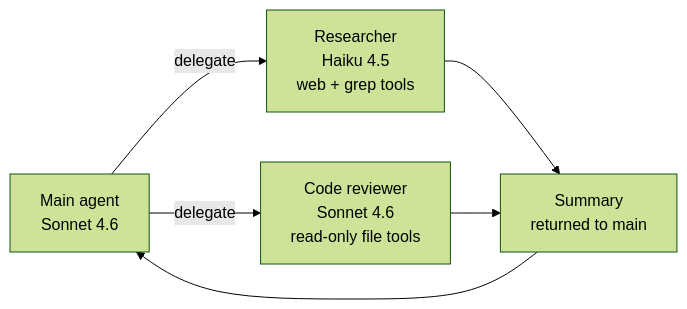
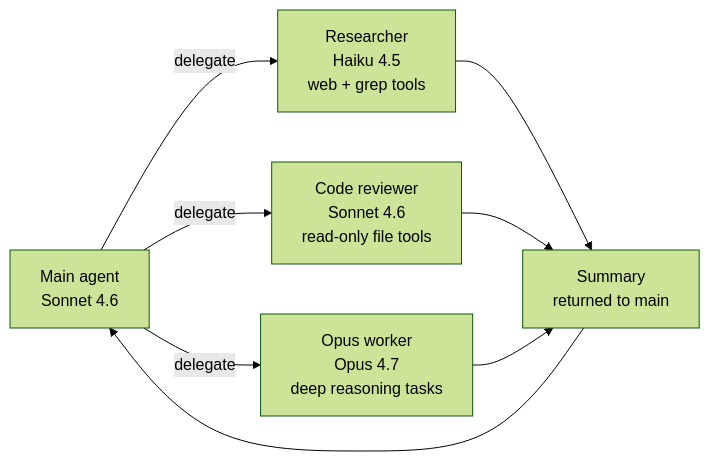
Before and after one commit to abdihashii/anthropic-agent-sdk-practice: the fifth of 6 diagrams in spec.md, drawn with Mermaid (forest theme). The commit also changed other lines of this file and 1 other file, not shown here.

````diff
--- a/spec.md
+++ b/spec.md
@@ -144,13 +143,16 @@
 ```mermaid
 flowchart LR
     Main[Main agent<br/>Sonnet 4.6]
     Researcher[Researcher<br/>Haiku 4.5<br/>web + grep tools]
     Reviewer[Code reviewer<br/>Sonnet 4.6<br/>read-only file tools]
+    Opus[Opus worker<br/>Opus 4.7<br/>deep reasoning tasks]
     Result[Summary<br/>returned to main]
 
     Main -->|delegate| Researcher
     Main -->|delegate| Reviewer
+    Main -->|delegate| Opus
     Researcher --> Result
     Reviewer --> Result
+    Opus --> Result
     Result --> Main
 ```
````
